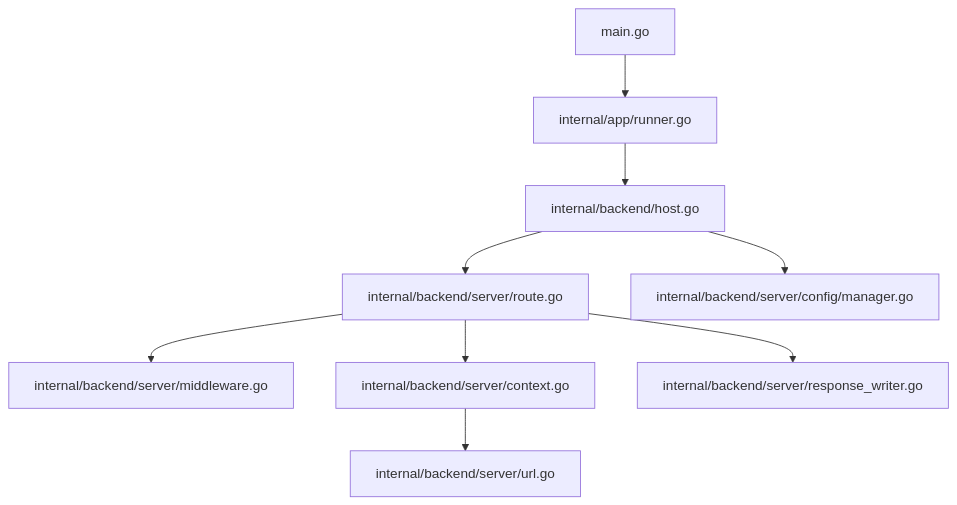
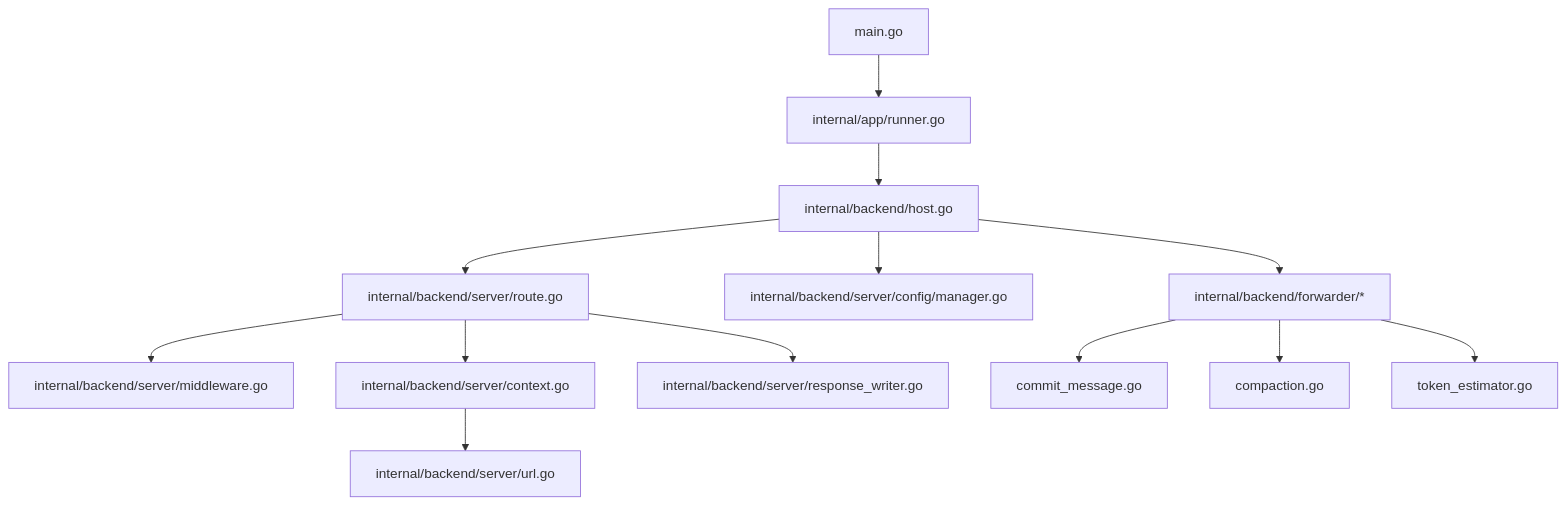
One commit to philau2512/cursor-byok-go-v2 changed the first of 15 diagrams in .qoder/repowiki/en/content/Architecture Overview/Backend Services.md. Above: the diagram before and after it, drawn with Mermaid. The commit also changed other lines of this file and 49 other files, not shown here.

First line of the commit message:
feat(commit_message): enhance commit message generation with adaptive token budgeting and file change manifests

````diff
--- a/.qoder/repowiki/en/content/Architecture Overview/Backend Services.md
+++ b/.qoder/repowiki/en/content/Architecture Overview/Backend Services.md
@@ -39,11 +52,15 @@
 ```mermaid
 graph TB
 Main["main.go"] --> Runner["internal/app/runner.go"]
 Runner --> Host["internal/backend/host.go"]
 Host --> Router["internal/backend/server/route.go"]
 Router --> MW["internal/backend/server/middleware.go"]
 Router --> Ctx["internal/backend/server/context.go"]
 Ctx --> URL["internal/backend/server/url.go"]
 Router --> RW["internal/backend/server/response_writer.go"]
 Host --> ConfigMgr["internal/backend/server/config/manager.go"]
+Host --> Forwarder["internal/backend/forwarder/*"]
+Forwarder --> CommitMsg["commit_message.go"]
+Forwarder --> Compaction["compaction.go"]
+Forwarder --> TokenEst["token_estimator.go"]
 ```
````
